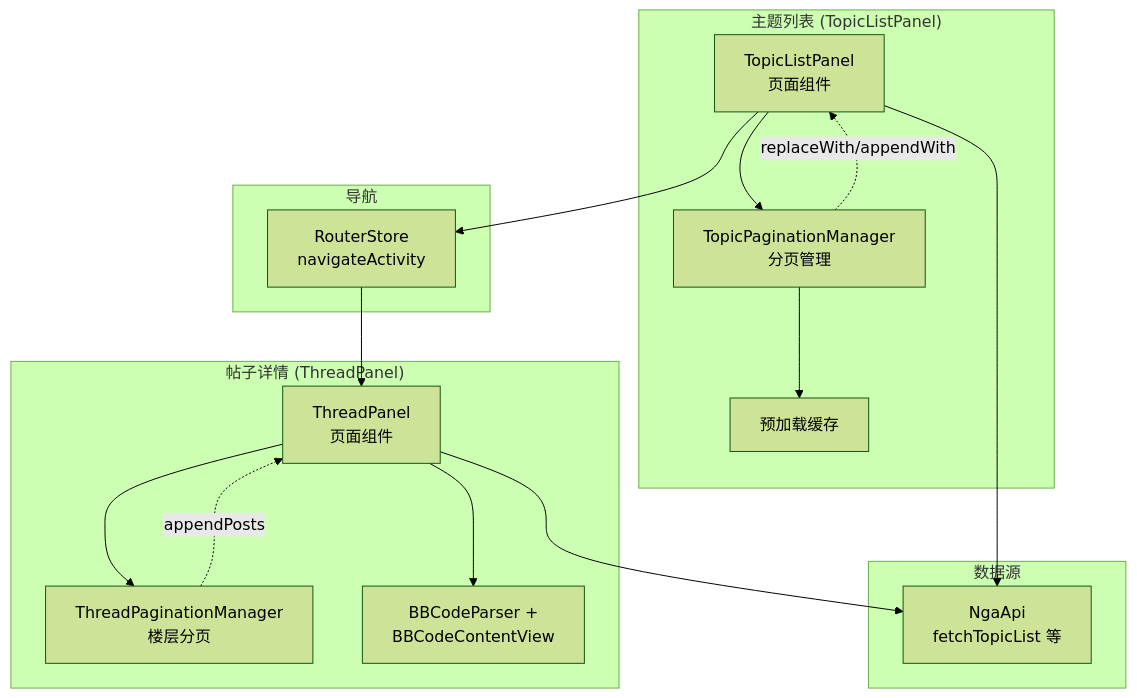
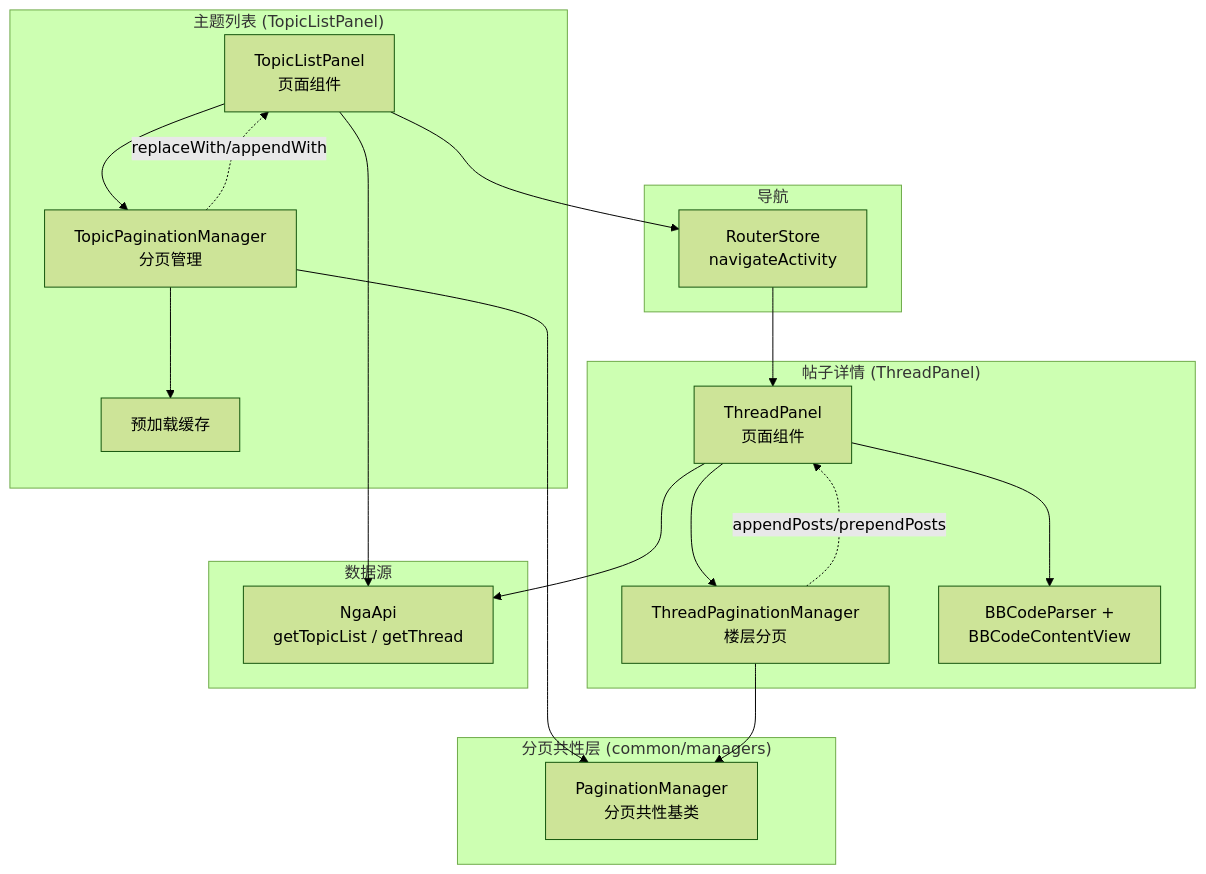
Before and after one commit to wgzysq-rgb/nga_harmony: the first of 2 diagrams in .wiki/页面模块/主题列表与帖子详情.md, drawn with Mermaid (forest theme). The commit also changed other lines of this file and 12 other files, not shown here.

````diff
--- a/.wiki/页面模块/主题列表与帖子详情.md
+++ b/.wiki/页面模块/主题列表与帖子详情.md
@@ -7,35 +7,42 @@
 ```mermaid
 graph TB
     subgraph "主题列表 (TopicListPanel)"
         TLP["TopicListPanel<br/>页面组件"]
         TPager["TopicPaginationManager<br/>分页管理"]
         TPrefetch["预加载缓存"]
     end
 
     subgraph "帖子详情 (ThreadPanel)"
         TPD["ThreadPanel<br/>页面组件"]
         TPPM["ThreadPaginationManager<br/>楼层分页"]
         BBC["BBCodeParser +<br/>BBCodeContentView"]
     end
 
+    subgraph "分页共性层 (common/managers)"
+        PM["PaginationManager<br/>分页共性基类"]
+    end
+
     subgraph "数据源"
-        NGA["NgaApi<br/>fetchTopicList 等"]
+        NGA["NgaApi<br/>getTopicList / getThread"]
     end
 
     subgraph "导航"
         RS["RouterStore<br/>navigateActivity"]
     end
 
     TLP --> TPager
     TPager --> TPrefetch
     TLP --> NGA
     TLP --> RS
 
     RS --> TPD
     TPD --> TPPM
     TPD --> NGA
     TPD --> BBC
 
-    TPPM -.->|appendPosts| TPD
-    TPager -.->|replaceWith/appendWith| TLP
+    TPager --> PM
+    TPPM --> PM
+
+    TPPM -.->|"appendPosts/prependPosts"| TPD
+    TPager -.->|"replaceWith/appendWith"| TLP
 ```
````
